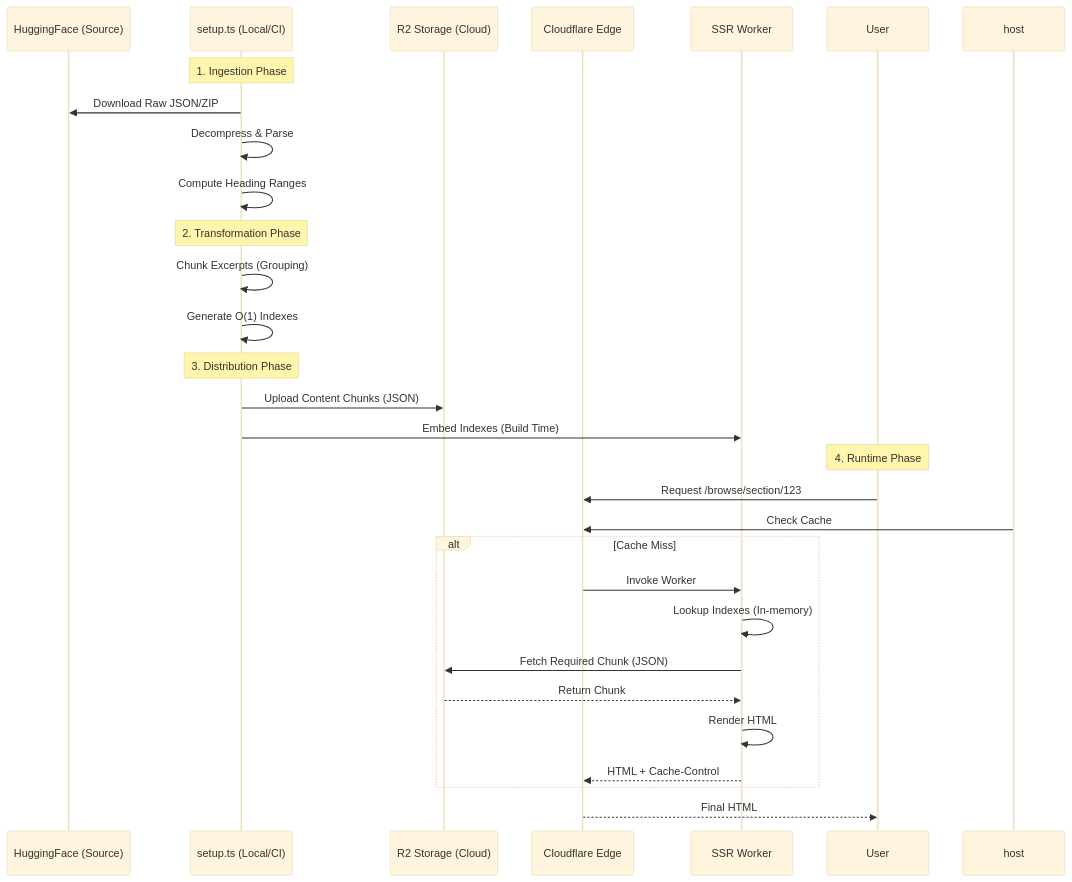
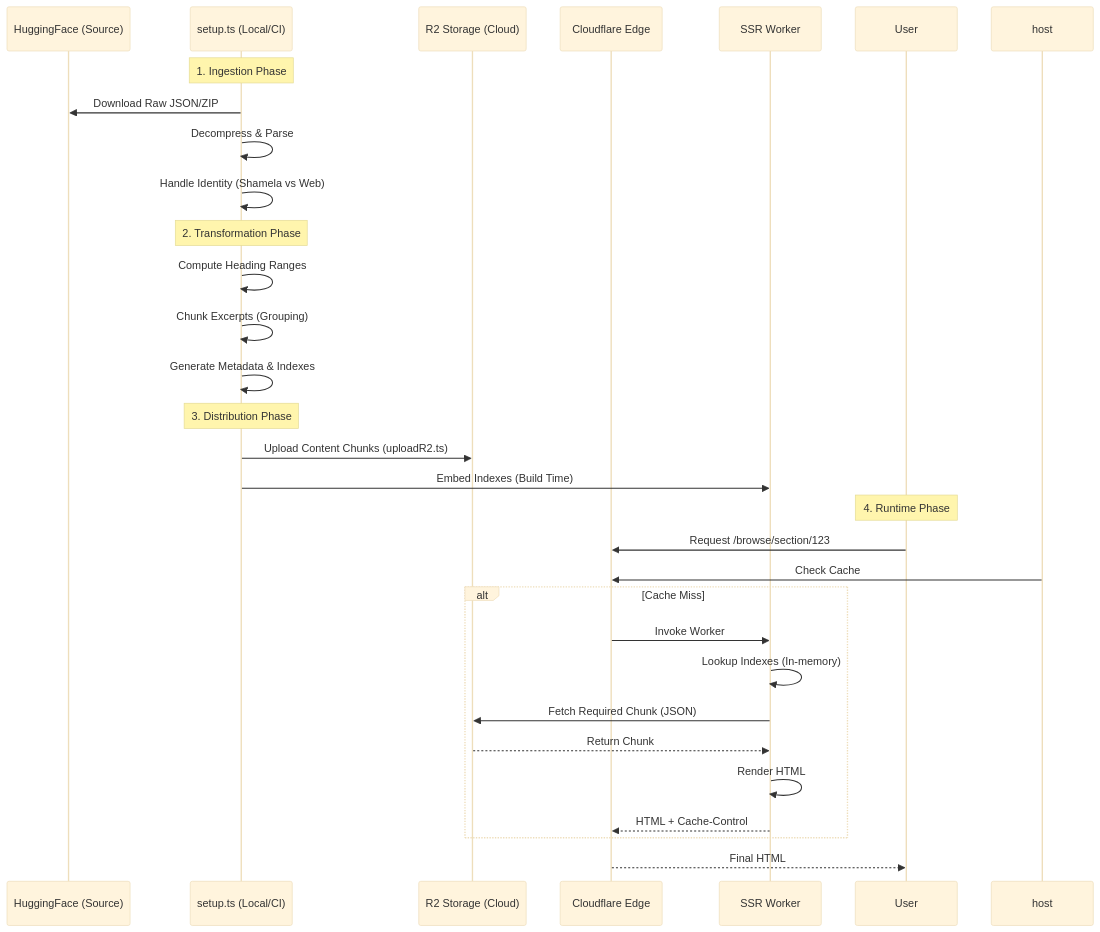
The second of 2 diagrams in docs/architecture.md (ragaeeb/ilmtest.io), drawn with Mermaid (base theme) before and after one commit. The commit also changed other lines of this file and 31 other files, not shown here.

````diff
--- a/docs/architecture.md
+++ b/docs/architecture.md
@@ -51,35 +55,36 @@
 ```mermaid
 sequenceDiagram
     participant HF as HuggingFace (Source)
     participant ETL as setup.ts (Local/CI)
     participant R2 as R2 Storage (Cloud)
     participant Edge as Cloudflare Edge
     participant SSR as SSR Worker
     participant User
 
     Note over ETL: 1. Ingestion Phase
     ETL->>HF: Download Raw JSON/ZIP
     ETL->>ETL: Decompress & Parse
-    ETL->>ETL: Compute Heading Ranges
+    ETL->>ETL: Handle Identity (Shamela vs Web)
     
     Note over ETL: 2. Transformation Phase
+    ETL->>ETL: Compute Heading Ranges
     ETL->>ETL: Chunk Excerpts (Grouping)
-    ETL->>ETL: Generate O(1) Indexes
+    ETL->>ETL: Generate Metadata & Indexes
     
     Note over ETL: 3. Distribution Phase
-    ETL->>R2: Upload Content Chunks (JSON)
+    ETL->>R2: Upload Content Chunks (uploadR2.ts)
     ETL->>SSR: Embed Indexes (Build Time)
     
     Note over User: 4. Runtime Phase
     User->>Edge: Request /browse/section/123
     host->>Edge: Check Cache
     alt Cache Miss
         Edge->>SSR: Invoke Worker
         SSR->>SSR: Lookup Indexes (In-memory)
         SSR->>R2: Fetch Required Chunk (JSON)
         R2-->>SSR: Return Chunk
         SSR->>SSR: Render HTML
         SSR-->>Edge: HTML + Cache-Control
     end
     Edge-->>User: Final HTML
 ```
````
